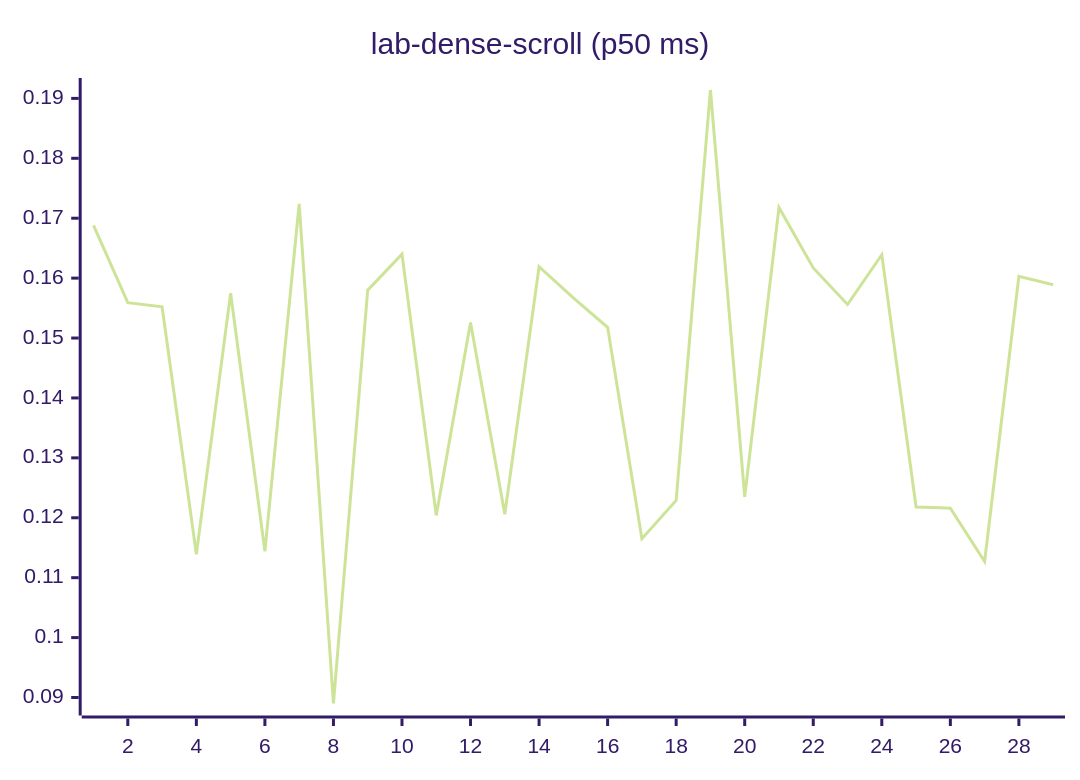
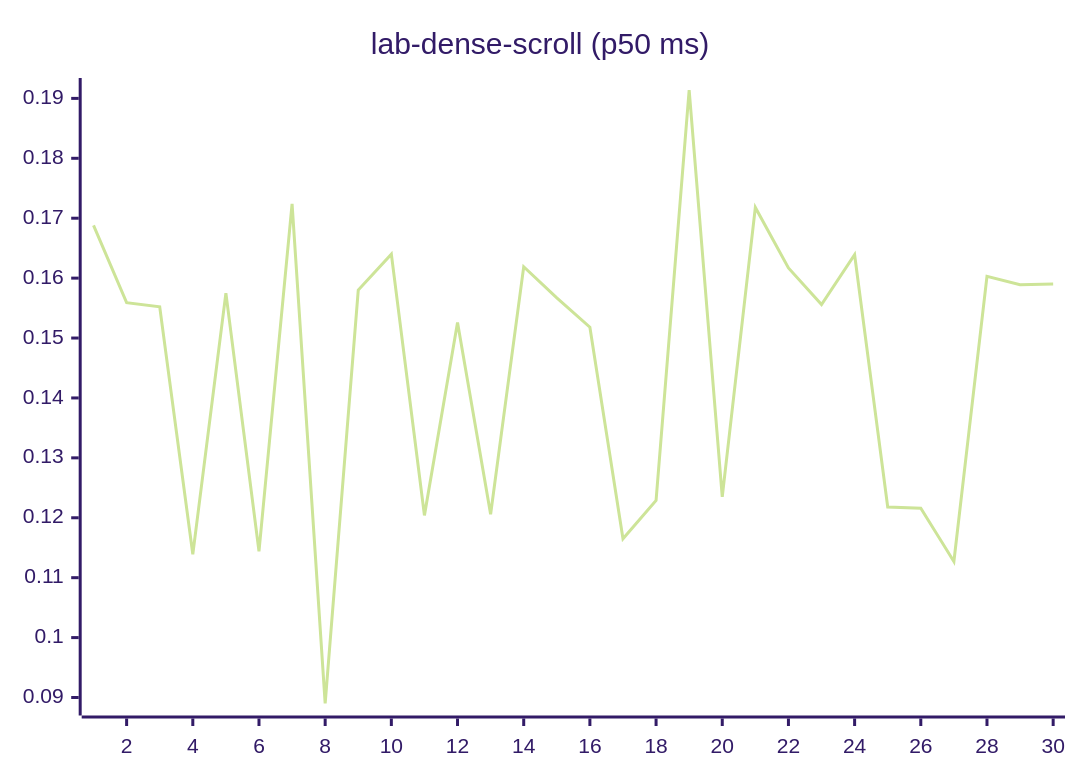
One commit to josha/Facet changed diagram 12 of 27 in README.md. Above: the diagram before and after it, drawn with Mermaid (forest theme). The commit also changed other lines of this file and 2 other files, not shown here.

````diff
--- a/README.md
+++ b/README.md
@@ -140,6 +140,6 @@
 ```mermaid
 xychart-beta
     title "lab-dense-scroll (p50 ms)"
-    x-axis 1 --> 29
-    line [0.1688, 0.1559, 0.1552, 0.1139, 0.1575, 0.1144, 0.1724, 0.0890, 0.1580, 0.1640, 0.1204, 0.1526, 0.1206, 0.1619, 0.1567, 0.1518, 0.1165, 0.1229, 0.1914, 0.1235, 0.1718, 0.1617, 0.1556, 0.1639, 0.1218, 0.1216, 0.1127, 0.1603, 0.1589]
+    x-axis 1 --> 30
+    line [0.1688, 0.1559, 0.1552, 0.1139, 0.1575, 0.1144, 0.1724, 0.0890, 0.1580, 0.1640, 0.1204, 0.1526, 0.1206, 0.1619, 0.1567, 0.1518, 0.1165, 0.1229, 0.1914, 0.1235, 0.1718, 0.1617, 0.1556, 0.1639, 0.1218, 0.1216, 0.1127, 0.1603, 0.1589, 0.1590]
 ```
````
